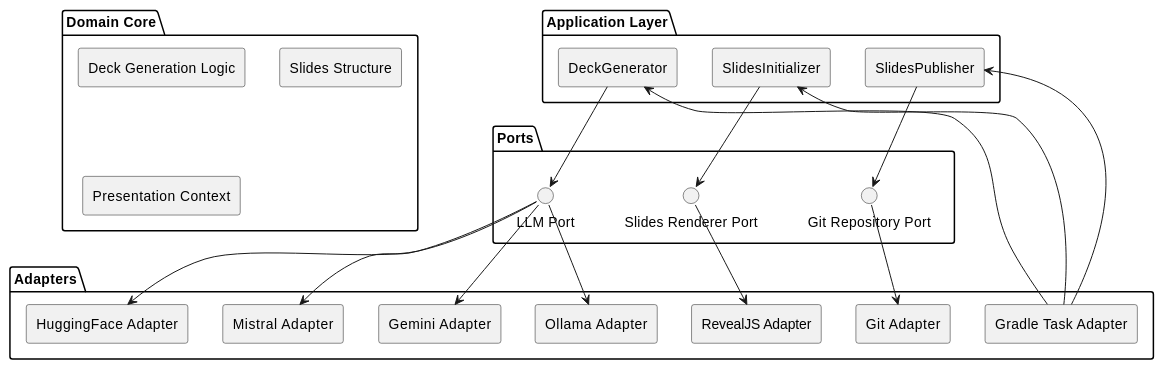
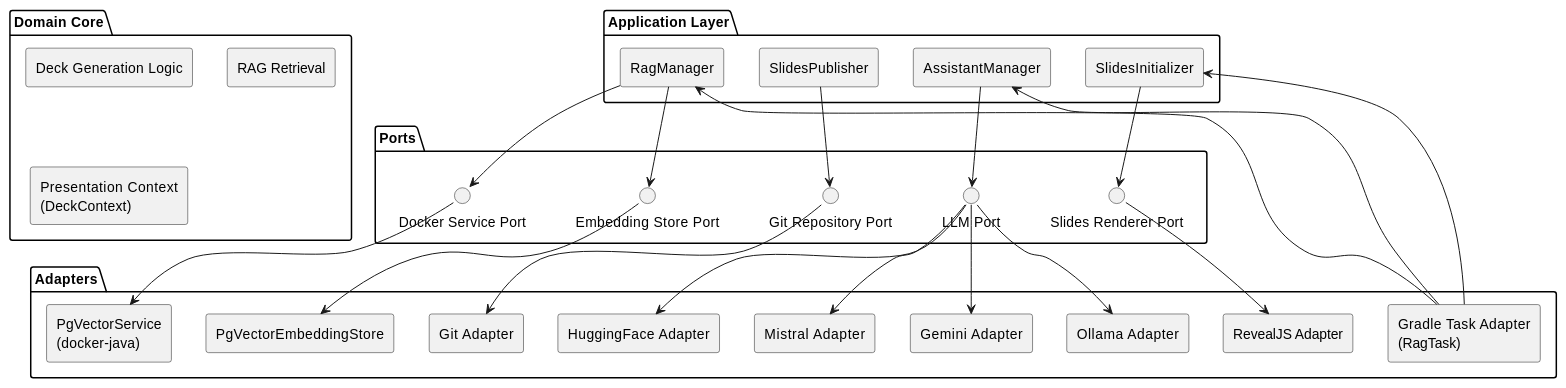
The tenth of 10 diagrams in README_plantuml_fr.adoc (cheroliv/slider-gradle), drawn with PlantUML before and after one commit. The commit also changed other lines of this file and 1 other file, not shown here.

Commit message:
📝 docs(README_plantuml*): update AI generation process and file structure for deck context and generated decks

```diff
--- a/README_plantuml_fr.adoc
+++ b/README_plantuml_fr.adoc
@@ -792,50 +852,59 @@
 [plantuml]
 ....
 @startuml
 skinparam componentStyle rectangle
 
 package "Domain Core" {
   component "Deck Generation Logic"
-  component "Slides Structure"
-  component "Presentation Context"
+  component "RAG Retrieval"
+  component "Presentation Context\n(DeckContext)"
 }
 
 package "Application Layer" {
-  component "DeckGenerator"
+  component "AssistantManager"
+  component "RagManager"
   component "SlidesInitializer"
   component "SlidesPublisher"
 }
 
 package "Ports" {
   interface "LLM Port"
+  interface "Embedding Store Port"
+  interface "Docker Service Port"
   interface "Slides Renderer Port"
   interface "Git Repository Port"
 }
 
 package "Adapters" {
   component "Ollama Adapter"
   component "Gemini Adapter"
   component "Mistral Adapter"
   component "HuggingFace Adapter"
+  component "PgVectorEmbeddingStore"
+  component "PgVectorService\n(docker-java)"
   component "RevealJS Adapter"
   component "Git Adapter"
-  component "Gradle Task Adapter"
+  component "Gradle Task Adapter\n(RagTask)"
 }
 
-"DeckGenerator" --> "LLM Port"
+"AssistantManager" --> "LLM Port"
+"RagManager" --> "Embedding Store Port"
+"RagManager" --> "Docker Service Port"
 "SlidesPublisher" --> "Git Repository Port"
 "SlidesInitializer" --> "Slides Renderer Port"
 
 "LLM Port" --> "Ollama Adapter"
 "LLM Port" --> "Gemini Adapter"
 "LLM Port" --> "Mistral Adapter"
 "LLM Port" --> "HuggingFace Adapter"
 
+"Embedding Store Port" --> "PgVectorEmbeddingStore"
+"Docker Service Port" --> "PgVectorService\n(docker-java)"
 "Slides Renderer Port" --> "RevealJS Adapter"
 "Git Repository Port" --> "Git Adapter"
 
-"Gradle Task Adapter" --> "DeckGenerator"
-"Gradle Task Adapter" --> "SlidesInitializer"
-"Gradle Task Adapter" --> "SlidesPublisher"
+"Gradle Task Adapter\n(RagTask)" --> "AssistantManager"
+"Gradle Task Adapter\n(RagTask)" --> "RagManager"
+"Gradle Task Adapter\n(RagTask)" --> "SlidesInitializer"
 @enduml
 ....
```
